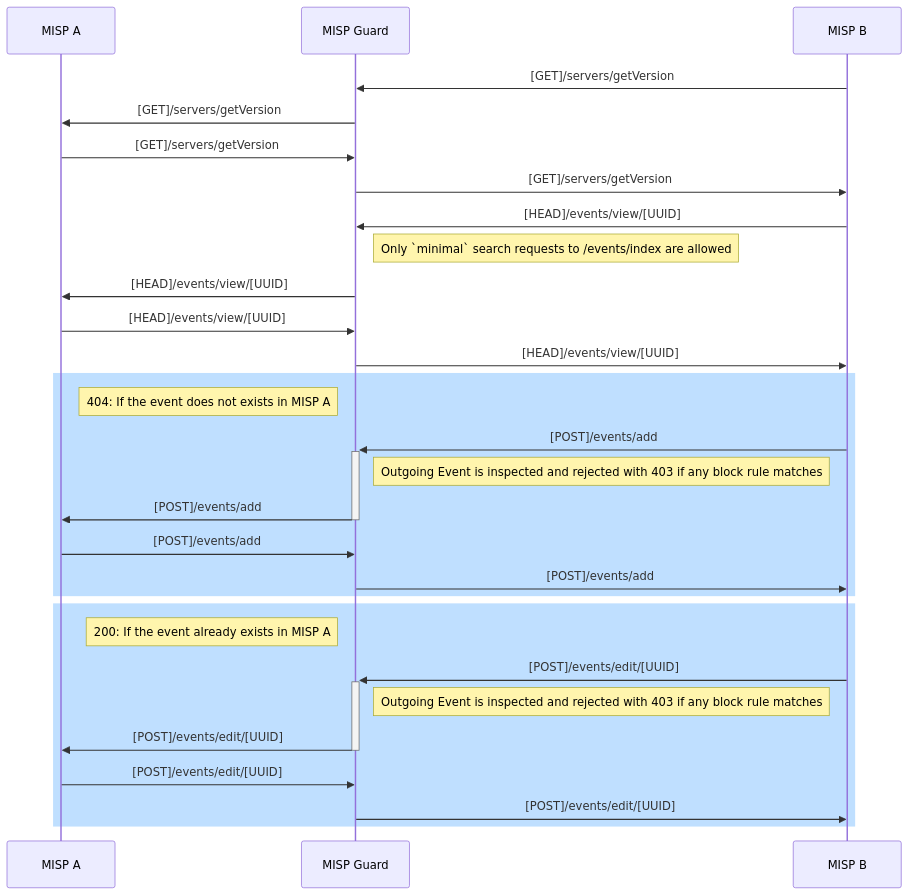
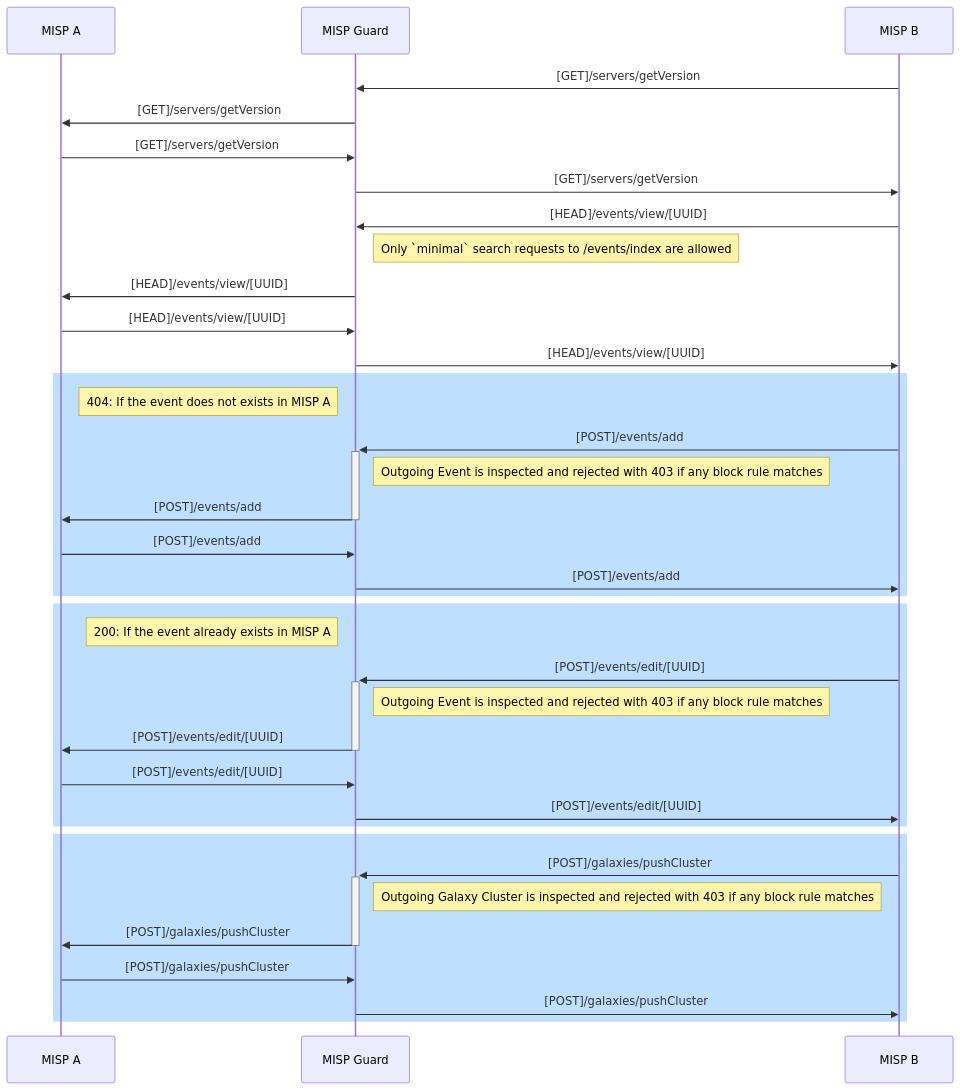
One commit to MISP/misp-guard changed the first of 2 diagrams in README.md. Above: the diagram before and after it, drawn with Mermaid. The commit also changed other lines of this file, not shown here.

Commit message:
new: update docs to reflect galaxy clusters sync

````diff
--- a/README.md
+++ b/README.md
@@ -7,35 +7,43 @@
 ```mermaid
 sequenceDiagram
     participant MISP A 
     participant MISP Guard
     participant MISP B
 
     MISP B->>MISP Guard: [GET]/servers/getVersion
     MISP Guard->>MISP A: [GET]/servers/getVersion
     MISP A->>MISP Guard: [GET]/servers/getVersion
     MISP Guard->>MISP B: [GET]/servers/getVersion
     
     MISP B->>MISP Guard: [HEAD]/events/view/[UUID]
     note right of MISP Guard: Only `minimal` search requests to /events/index are allowed
     MISP Guard->>MISP A: [HEAD]/events/view/[UUID]
     MISP A->>MISP Guard: [HEAD]/events/view/[UUID]
     MISP Guard->>MISP B: [HEAD]/events/view/[UUID]
     
     rect rgb(191, 223, 255)
     note left of MISP Guard: 404: If the event does not exists in MISP A
     MISP B->>+MISP Guard: [POST]/events/add
     note right of MISP Guard: Outgoing Event is inspected and rejected with 403 if any block rule matches
     MISP Guard->>-MISP A: [POST]/events/add
     MISP A->>MISP Guard: [POST]/events/add
     MISP Guard->>MISP B: [POST]/events/add
     end
 
     rect rgb(191, 223, 255)
     note left of MISP Guard: 200: If the event already exists in MISP A
     MISP B->>+MISP Guard: [POST]/events/edit/[UUID]
     note right of MISP Guard: Outgoing Event is inspected and rejected with 403 if any block rule matches
     MISP Guard->>-MISP A: [POST]/events/edit/[UUID]
     MISP A->>MISP Guard: [POST]/events/edit/[UUID]
     MISP Guard->>MISP B: [POST]/events/edit/[UUID]
     end
+
+    rect rgb(191, 223, 255)
+    MISP B->>+MISP Guard: [POST]/galaxies/pushCluster
+    note right of MISP Guard: Outgoing Galaxy Cluster is inspected and rejected with 403 if any block rule matches
+    MISP Guard->>-MISP A: [POST]/galaxies/pushCluster
+    MISP A->>MISP Guard: [POST]/galaxies/pushCluster
+    MISP Guard->>MISP B: [POST]/galaxies/pushCluster
+    end
 ```
````
